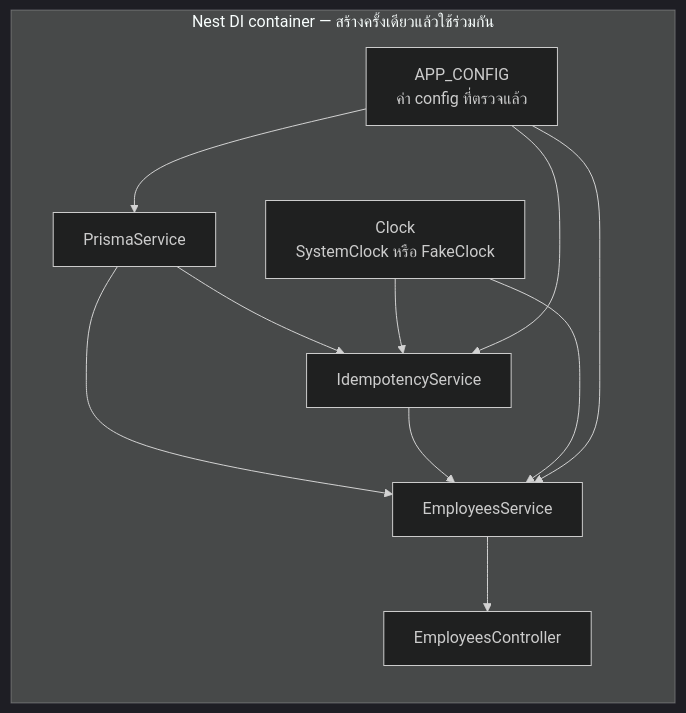
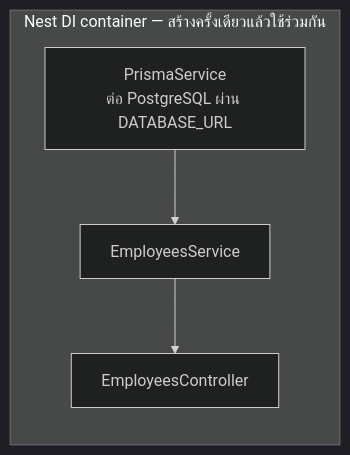
One commit to sittipong-hemloun/helius-tech-test changed the second of 3 diagrams in docs/learn/02-nestjs.md. Above: the diagram before and after it, drawn with Mermaid (dark theme). The commit also changed other lines of this file and 180 other files, not shown here.

````diff
--- a/docs/learn/02-nestjs.md
+++ b/docs/learn/02-nestjs.md
@@ -118,20 +108,6 @@
 ```mermaid
 flowchart LR
     subgraph NEST["Nest DI container — สร้างครั้งเดียวแล้วใช้ร่วมกัน"]
-        CFG["APP_CONFIG<br/>ค่า config ที่ตรวจแล้ว"]
-        CLK["Clock<br/>SystemClock หรือ FakeClock"]
-        PR["PrismaService"]
-        IS["IdempotencyService"]
-        ES["EmployeesService"]
-        EC["EmployeesController"]
+        PR["PrismaService<br/>ต่อ PostgreSQL ผ่าน DATABASE_URL"] --> ES["EmployeesService"] --> EC["EmployeesController"]
     end
-    CFG --> PR
-    PR --> IS
-    CLK --> IS
-    CFG --> IS
-    PR --> ES
-    IS --> ES
-    CLK --> ES
-    CFG --> ES
-    ES --> EC
 ```
````
